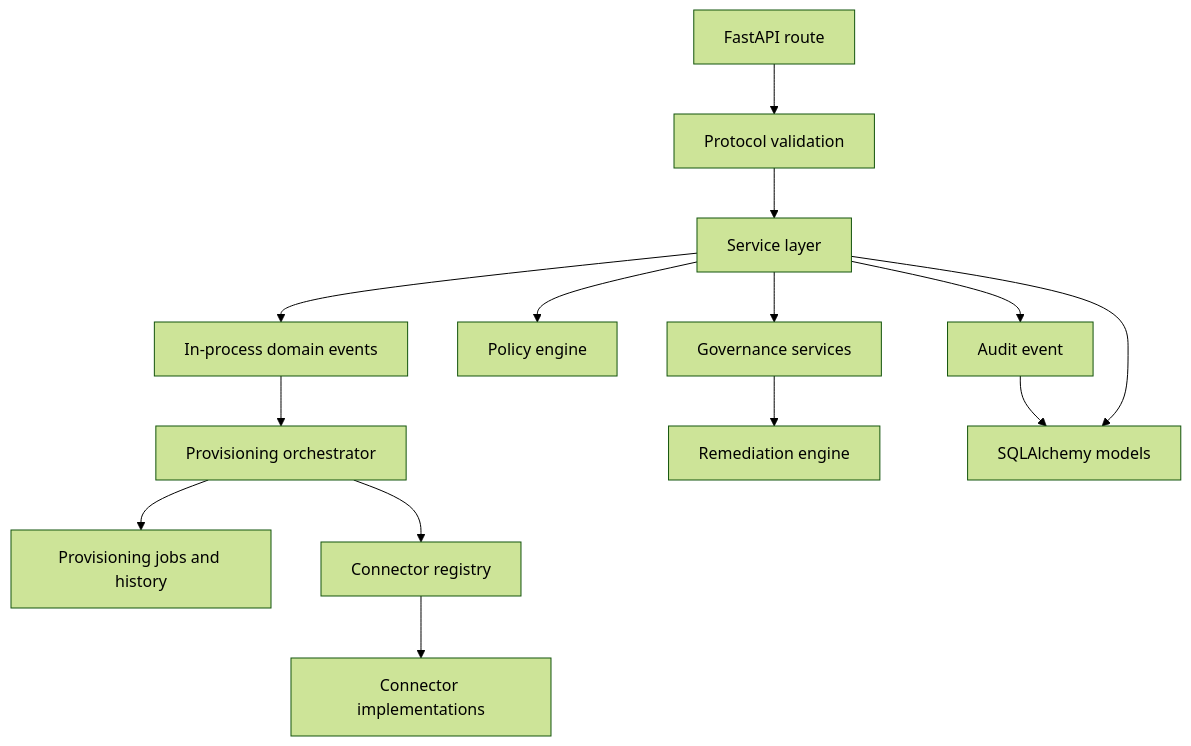
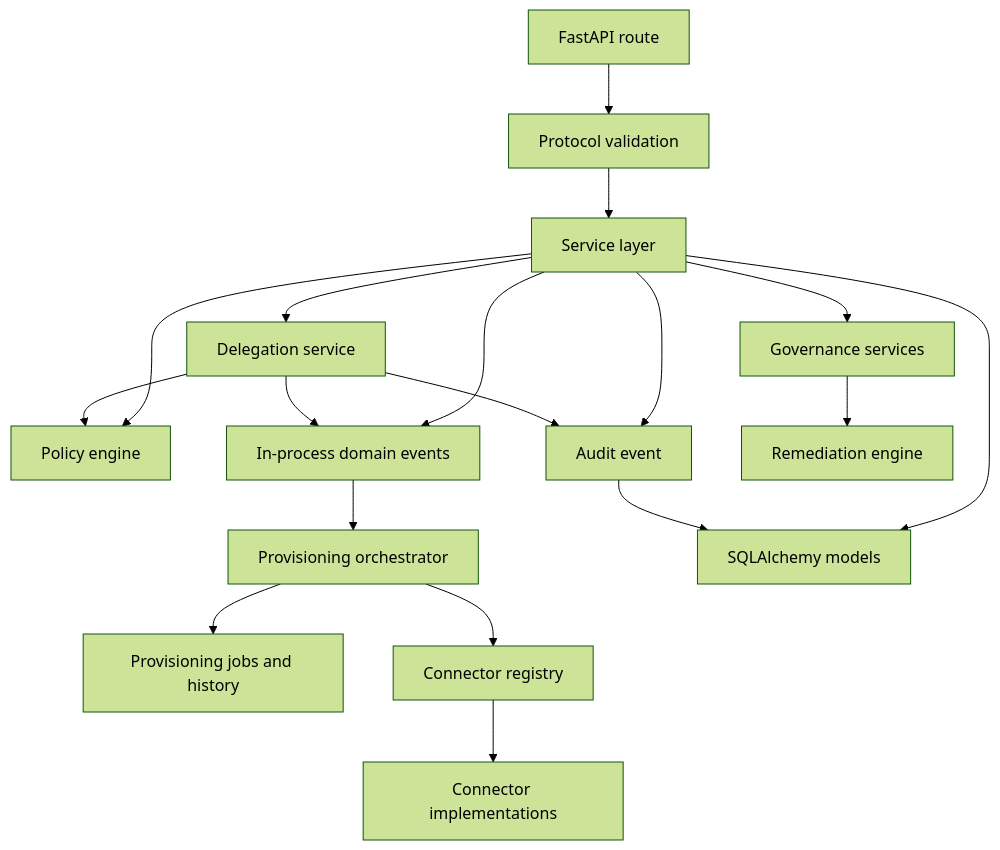
One commit to happelj/accessiq changed the second of 13 diagrams in docs/architecture.md. Above: the diagram before and after it, drawn with Mermaid (forest theme). The commit also changed other lines of this file and 14 other files, not shown here.

````diff
--- a/docs/architecture.md
+++ b/docs/architecture.md
@@ -37,30 +41,35 @@
 ```mermaid
 flowchart TD
     Route["FastAPI route"]
     Validation["Protocol validation"]
     Service["Service layer"]
     Governance["Governance services"]
+    Delegation["Delegation service"]
     Policy["Policy engine"]
     Audit["Audit event"]
     Events["In-process domain events"]
     Orchestrator["Provisioning orchestrator"]
     Remediation["Remediation engine"]
     Jobs["Provisioning jobs and history"]
     Registry["Connector registry"]
     Connectors["Connector implementations"]
     Database["SQLAlchemy models"]
 
     Route --> Validation
     Validation --> Service
     Service --> Governance
+    Service --> Delegation
+    Delegation --> Policy
+    Delegation --> Audit
+    Delegation --> Events
     Service --> Policy
     Governance --> Remediation
     Service --> Audit
     Service --> Events
     Events --> Orchestrator
     Orchestrator --> Jobs
     Orchestrator --> Registry
     Registry --> Connectors
     Audit --> Database
     Service --> Database
 ```
````
